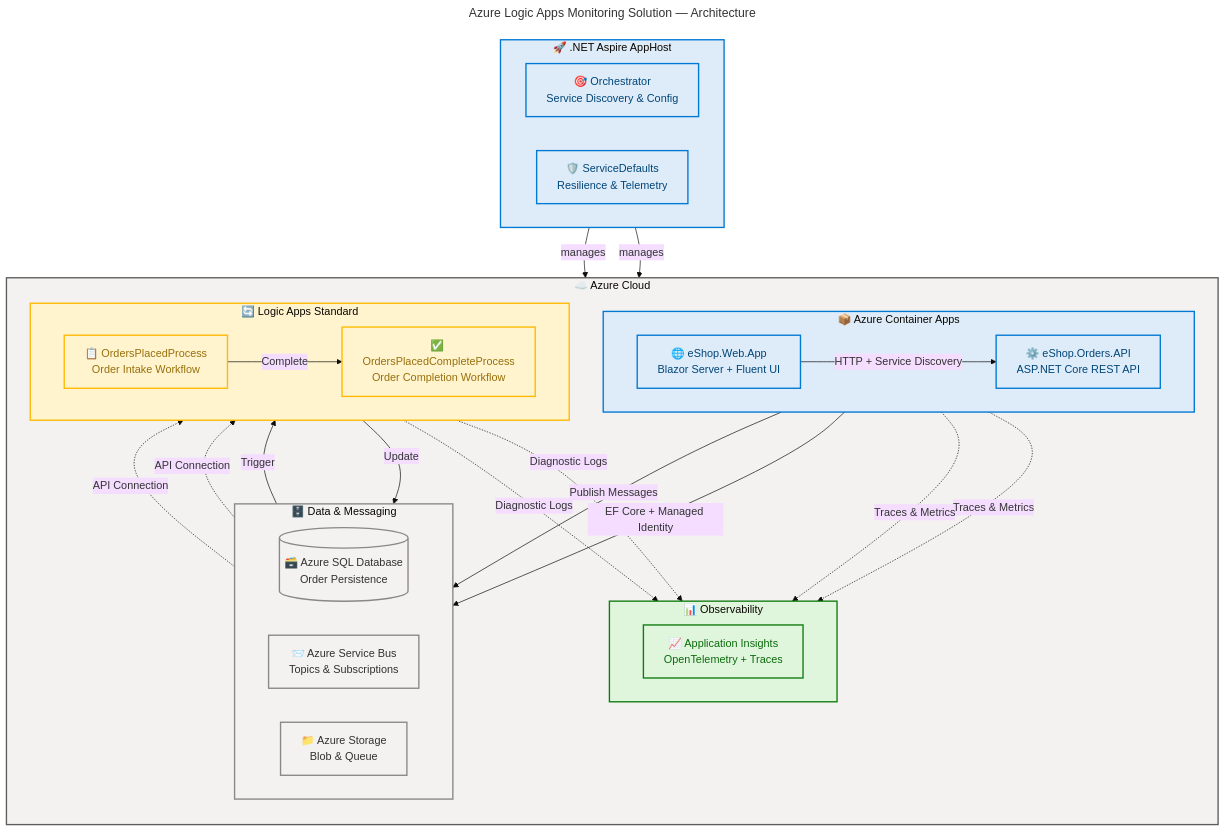
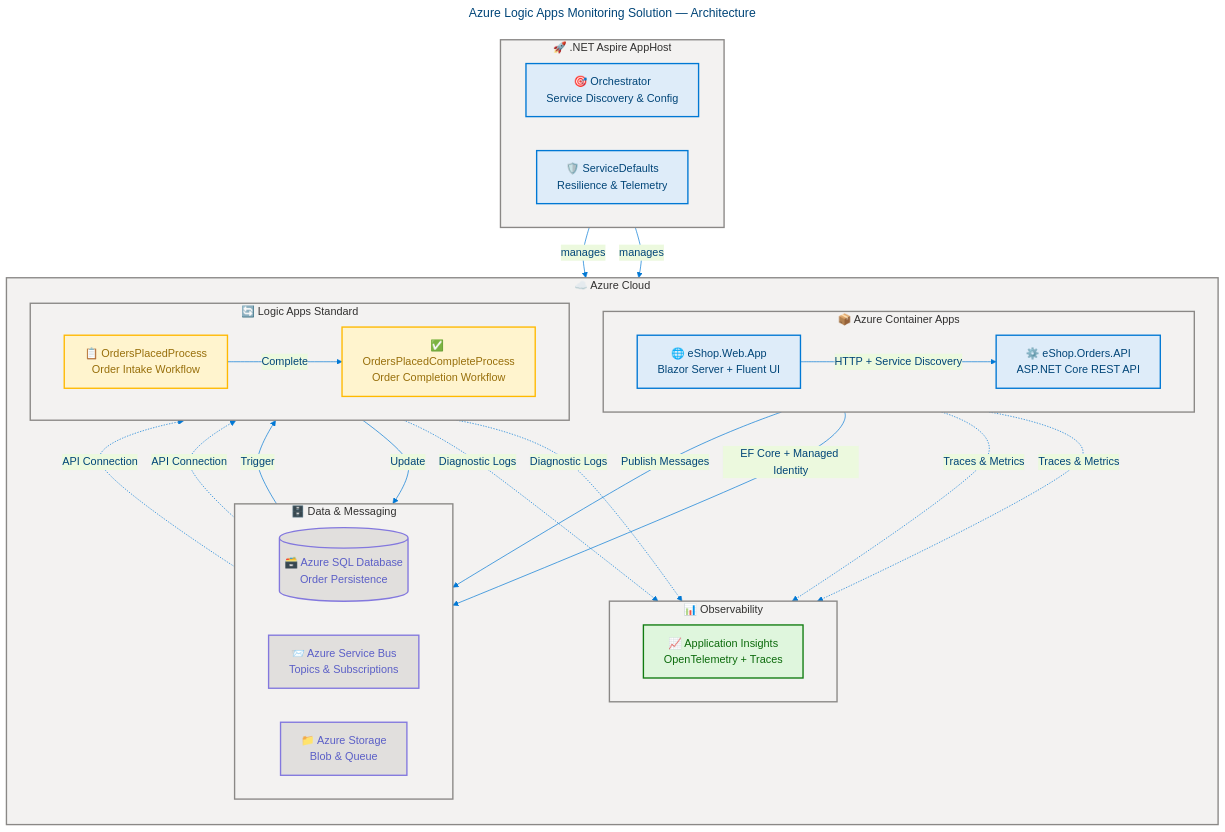
Before and after one commit to Evilazaro/Azure-LogicApps-Monitoring: the diagram in README.md, drawn with Mermaid.

Commit message:
Enhance flowchart styling and structure in README.md for improved clarity and visual appeal

````diff
--- a/README.md
+++ b/README.md
@@ -48,10 +48,21 @@
   layout: dagre
   flowchart:
     htmlLabels: true
+    curve: cardinal
+  themeVariables:
+    primaryColor: '#DEECF9'
+    primaryBorderColor: '#0078D4'
+    primaryTextColor: '#004578'
+    lineColor: '#0078D4'
 ---
 flowchart TB
     accTitle: Azure Logic Apps Monitoring Solution Architecture
     accDescr: Shows the distributed architecture with Aspire orchestrator, frontend, API, Azure services, and Logic Apps workflows
+
+    %% ═══════════════════════════════════════════════════════════════════════════
+    %% AZURE / FLUENT ARCHITECTURE PATTERN v1.1
+    %% (Semantic + Structural + Font + Accessibility Governance)
+    %% ═══════════════════════════════════════════════════════════════════════════
 
     subgraph azure["☁️ Azure Cloud"]
         direction TB
@@ -62,7 +73,7 @@
             ordersApi["⚙️ eShop.Orders.API\nASP.NET Core REST API"]:::core
         end
 
-        subgraph data["🗄️ Data & Messaging"]
+        subgraph dataLayer["🗄️ Data & Messaging"]
             direction LR
             sqlDb[("🗃️ Azure SQL Database\nOrder Persistence")]:::data
             serviceBus["📨 Azure Service Bus\nTopics & Subscriptions"]:::data
@@ -71,8 +82,8 @@
 
         subgraph workflows["🔄 Logic Apps Standard"]
             direction LR
-            ordersPlaced["📋 OrdersPlacedProcess\nOrder Intake Workflow"]:::accent
-            ordersComplete["✅ OrdersPlacedCompleteProcess\nOrder Completion Workflow"]:::accent
+            ordersPlaced["📋 OrdersPlacedProcess\nOrder Intake Workflow"]:::warning
+            ordersComplete["✅ OrdersPlacedCompleteProcess\nOrder Completion Workflow"]:::warning
         end
 
         subgraph observability["📊 Observability"]
@@ -102,15 +113,17 @@
     serviceBus -.->|"API Connection"| ordersPlaced
     storage -.->|"API Connection"| ordersPlaced
 
-    style azure fill:#F3F2F1,stroke:#605E5C,stroke-width:2px
-    style containerApps fill:#DEECF9,stroke:#0078D4,stroke-width:2px
-    style data fill:#F3F2F1,stroke:#8A8886,stroke-width:2px
-    style workflows fill:#FFF4CE,stroke:#FFB900,stroke-width:2px
-    style observability fill:#DFF6DD,stroke:#107C10,stroke-width:2px
-    style aspire fill:#DEECF9,stroke:#0078D4,stroke-width:2px
+    %% Centralized classDef palette (canonical AZURE/FLUENT v1.1)
+    classDef core fill:#DEECF9,stroke:#0078D4,stroke-width:2px,color:#004578
+    classDef data fill:#E1DFDD,stroke:#8378DE,stroke-width:2px,color:#5B5FC7
+    classDef warning fill:#FFF4CE,stroke:#FFB900,stroke-width:2px,color:#986F0B
+    classDef success fill:#DFF6DD,stroke:#107C10,stroke-width:2px,color:#0B6A0B
 
-    classDef core fill:#DEECF9,stroke:#0078D4,stroke-width:2px,color:#004578
-    classDef data fill:#F3F2F1,stroke:#8A8886,stroke-width:2px,color:#323130
-    classDef accent fill:#FFF4CE,stroke:#FFB900,stroke-width:2px,color:#986F0B
-    classDef success fill:#DFF6DD,stroke:#107C10,stroke-width:2px,color:#0B6A0B
+    %% Subgraph styling (6 subgraphs = 6 style directives, all neutral surface)
+    style azure fill:#F3F2F1,stroke:#8A8886,stroke-width:2px,color:#323130
+    style containerApps fill:#F3F2F1,stroke:#8A8886,stroke-width:2px,color:#323130
+    style dataLayer fill:#F3F2F1,stroke:#8A8886,stroke-width:2px,color:#323130
+    style workflows fill:#F3F2F1,stroke:#8A8886,stroke-width:2px,color:#323130
+    style observability fill:#F3F2F1,stroke:#8A8886,stroke-width:2px,color:#323130
+    style aspire fill:#F3F2F1,stroke:#8A8886,stroke-width:2px,color:#323130
 ```
````
